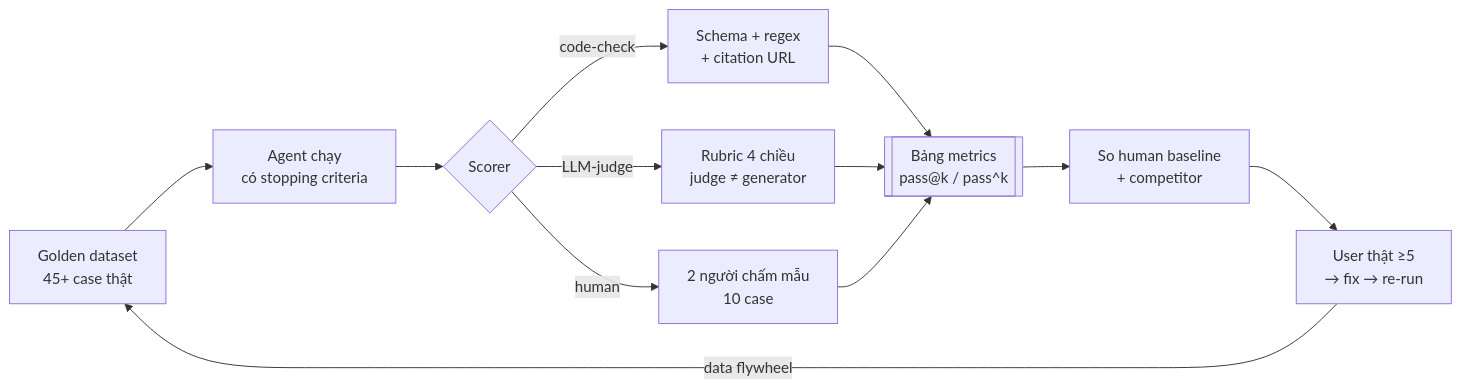
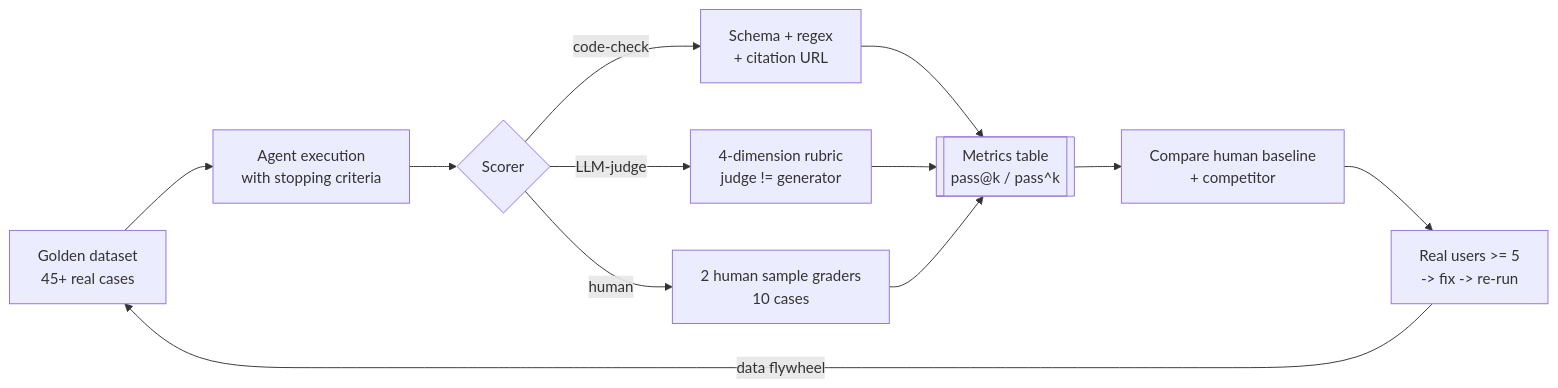
Before and after one commit to Dokhacgiakhoa/Project-Builder-4-Agents: the diagram in knowledge-base/technical-book/chapter-10.md, drawn with Mermaid. The commit also changed other lines of this file and 62 other files, not shown here.

````diff
--- a/knowledge-base/technical-book/chapter-10.md
+++ b/knowledge-base/technical-book/chapter-10.md
@@ -750,12 +752,12 @@
 ```mermaid
 flowchart LR
-    A[Golden dataset\n45+ case thật] --> B[Agent chạy\ncó stopping criteria]
-    B --> C{Scorer}
-    C -->|code-check| D[Schema + regex\n+ citation URL]
-    C -->|LLM-judge| E[Rubric 4 chiều\njudge ≠ generator]
-    C -->|human| F[2 người chấm mẫu\n10 case]
-    D & E & F --> G[[Bảng metrics\npass@k / pass^k]]
-    G --> H[So human baseline\n+ competitor]
-    H --> I[User thật ≥5\n→ fix → re-run]
+    A["Golden dataset<br/>45+ real cases"] --> B["Agent execution<br/>with stopping criteria"]
+    B --> C{"Scorer"}
+    C -->|code-check| D["Schema + regex<br/>+ citation URL"]
+    C -->|LLM-judge| E["4-dimension rubric<br/>judge != generator"]
+    C -->|human| F["2 human sample graders<br/>10 cases"]
+    D & E & F --> G[["Metrics table<br/>pass@k / pass^k"]]
+    G --> H["Compare human baseline<br/>+ competitor"]
+    H --> I["Real users >= 5<br/>-> fix -> re-run"]
     I -->|data flywheel| A
 ```
````
